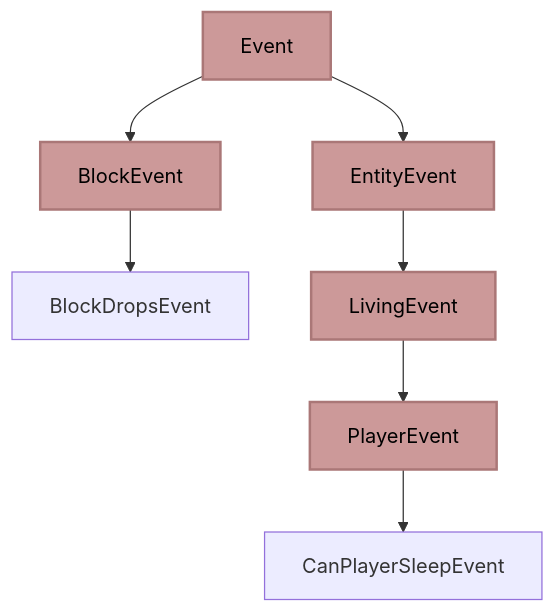
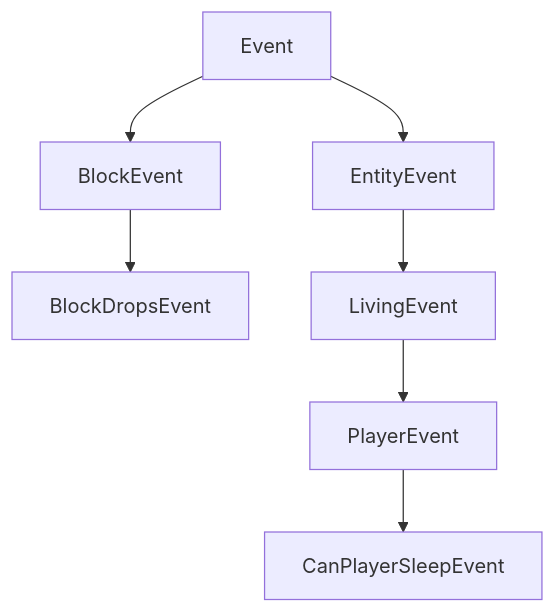
Before and after one commit to neoforged/Documentation: the diagram in docs/concepts/events.md, drawn with Mermaid. The commit also changed 2 other files, not shown here.

Commit message:
Add mermaid.css, and some basic styles for graph nodes

````diff
--- a/docs/concepts/events.md
+++ b/docs/concepts/events.md
@@ -113,12 +113,11 @@
 ```mermaid
 graph TD;
     Event-->BlockEvent;
     BlockEvent-->BlockDropsEvent;
     Event-->EntityEvent;
     EntityEvent-->LivingEvent;
     LivingEvent-->PlayerEvent;
     PlayerEvent-->CanPlayerSleepEvent;
 
-    classDef abstract fill:#c99,stroke:#a77,stroke-width:2px,color:#000;
-    class Event,BlockEvent,EntityEvent,LivingEvent,PlayerEvent abstract;
+    class Event,BlockEvent,EntityEvent,LivingEvent,PlayerEvent red;
 ```
````
